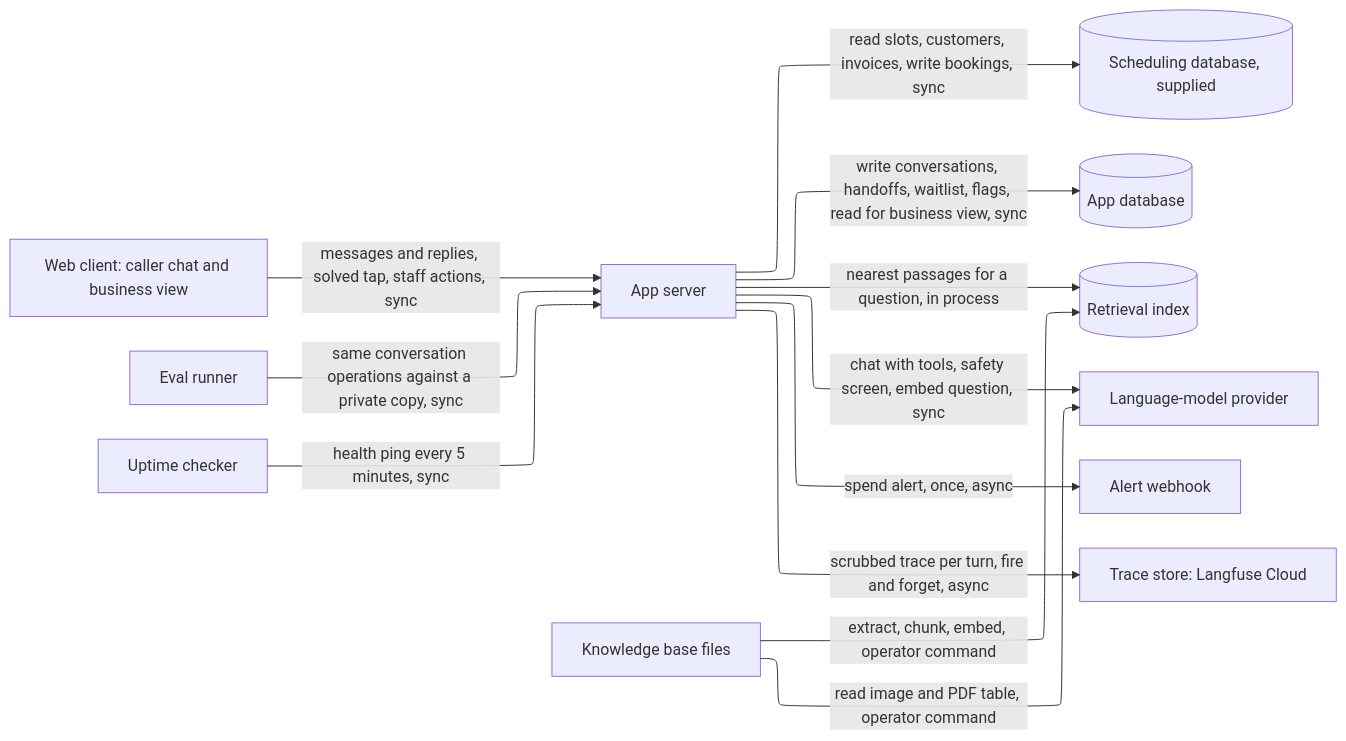
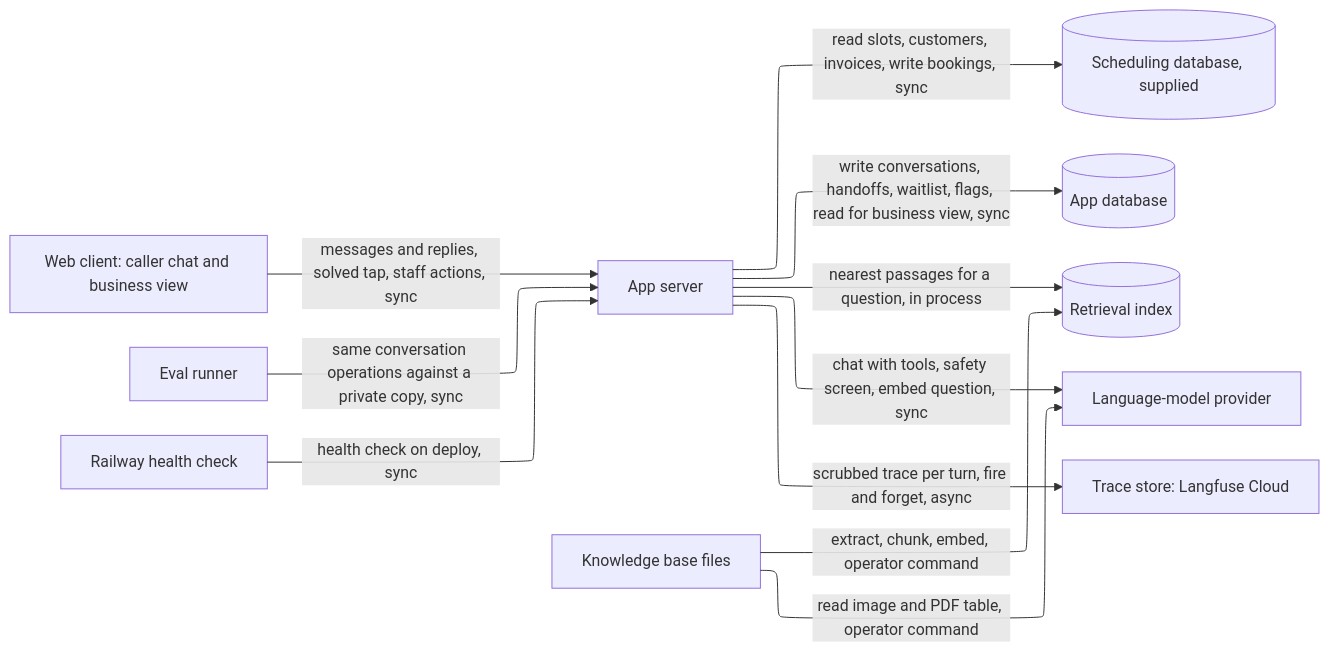
One commit to ThinkBuildMake/aea-fde-challenge changed the first of 3 diagrams in docs/HIGH_LEVEL_DESIGN.md. Above: the diagram before and after it, drawn with Mermaid. The commit also changed other lines of this file and 13 other files, not shown here.

First line of the commit message:
Drop the uptime monitor and alert messages

````diff
--- a/docs/HIGH_LEVEL_DESIGN.md
+++ b/docs/HIGH_LEVEL_DESIGN.md
@@ -13,18 +13,17 @@
 ```mermaid
 ---
 config:
   layout: elk
 ---
 flowchart LR
   client[Web client: caller chat and business view] -->|messages and replies, solved tap, staff actions, sync| app[App server]
   app -->|read slots, customers, invoices, write bookings, sync| sched[(Scheduling database, supplied)]
   app -->|write conversations, handoffs, waitlist, flags, read for business view, sync| appdb[(App database)]
   app -->|nearest passages for a question, in process| idx[(Retrieval index)]
   app -->|chat with tools, safety screen, embed question, sync| llm[Language-model provider]
   kb[Knowledge base files] -->|extract, chunk, embed, operator command| idx
   kb -->|read image and PDF table, operator command| llm
   evalr[Eval runner] -->|same conversation operations against a private copy, sync| app
-  uptime[Uptime checker] -->|health ping every 5 minutes, sync| app
-  app -->|spend alert, once, async| alert[Alert webhook]
+  host[Railway health check] -->|health check on deploy, sync| app
   app -->|scrubbed trace per turn, fire and forget, async| lf[Trace store: Langfuse Cloud]
 ```
````
